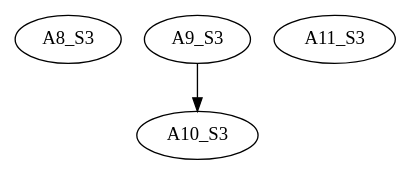
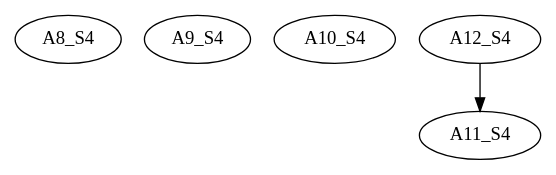
The diagram in examples/evolution/test000001.dot (Jorgecs2000/KLEE_Visual_Project), drawn with Graphviz before and after one commit. The commit also changed 574 other files, not shown here.

```diff
--- a/examples/evolution/test000001.dot
+++ b/examples/evolution/test000001.dot
@@ -1,9 +1,10 @@
 digraph{
 	node [ ]
 	edge [ ]
-	A8_S3 [ ]
-	A9_S3 [ ]
-	A10_S3 [ ]
-	A11_S3 [ ]
-	A9_S3 -> A10_S3 [ ]
+	A8_S4 [ ]
+	A9_S4 [ ]
+	A10_S4 [ ]
+	A11_S4 [ ]
+	A12_S4 [ ]
+	A12_S4 -> A11_S4 [ ]
 }
```
